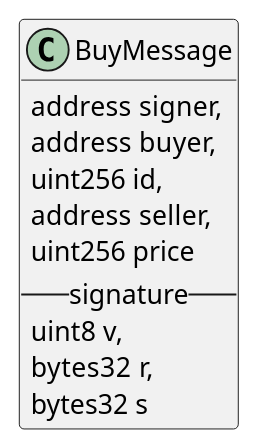
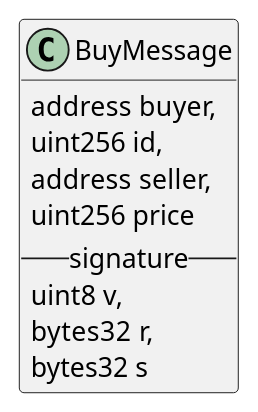
The first of 3 diagrams in docs/topics/avatar/avatar.md (thesandboxgame/sandbox-smart-contracts), drawn with PlantUML before and after one commit. The commit also changed other lines of this file, not shown here.

Commit message:
doc: update the event graph for fx-tunnel

````diff
--- a/docs/topics/avatar/avatar.md
+++ b/docs/topics/avatar/avatar.md
@@ -60,14 +62,13 @@
 ```plantuml
 class BuyMessage {
-  address signer,
   address buyer,
   uint256 id,
   address seller,
   uint256 price
   -- signature --
   uint8 v,
   bytes32 r,
   bytes32 s
 }
 
 ```
````
